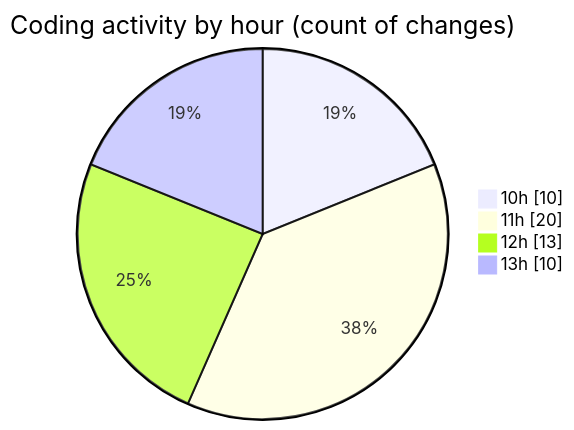
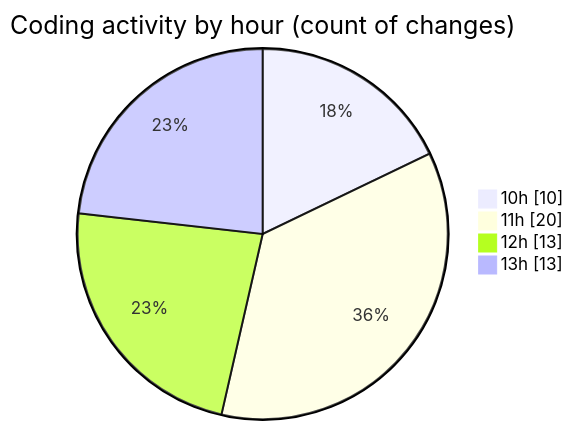
One commit to BS-eng2023/code-tracking changed the second of 2 diagrams in 2025-03-31/jsvms/README.md. Above: the diagram before and after it, drawn with Mermaid. The commit also changed other lines of this file and 1 other file, not shown here.

````diff
--- a/2025-03-31/jsvms/README.md
+++ b/2025-03-31/jsvms/README.md
@@ -49,8 +49,8 @@
 ```mermaid
 pie showData
 title Coding activity by hour (count of changes)
 "10h" : 10
 "11h" : 20
 "12h" : 13
-"13h" : 10
+"13h" : 13
 ```
````
